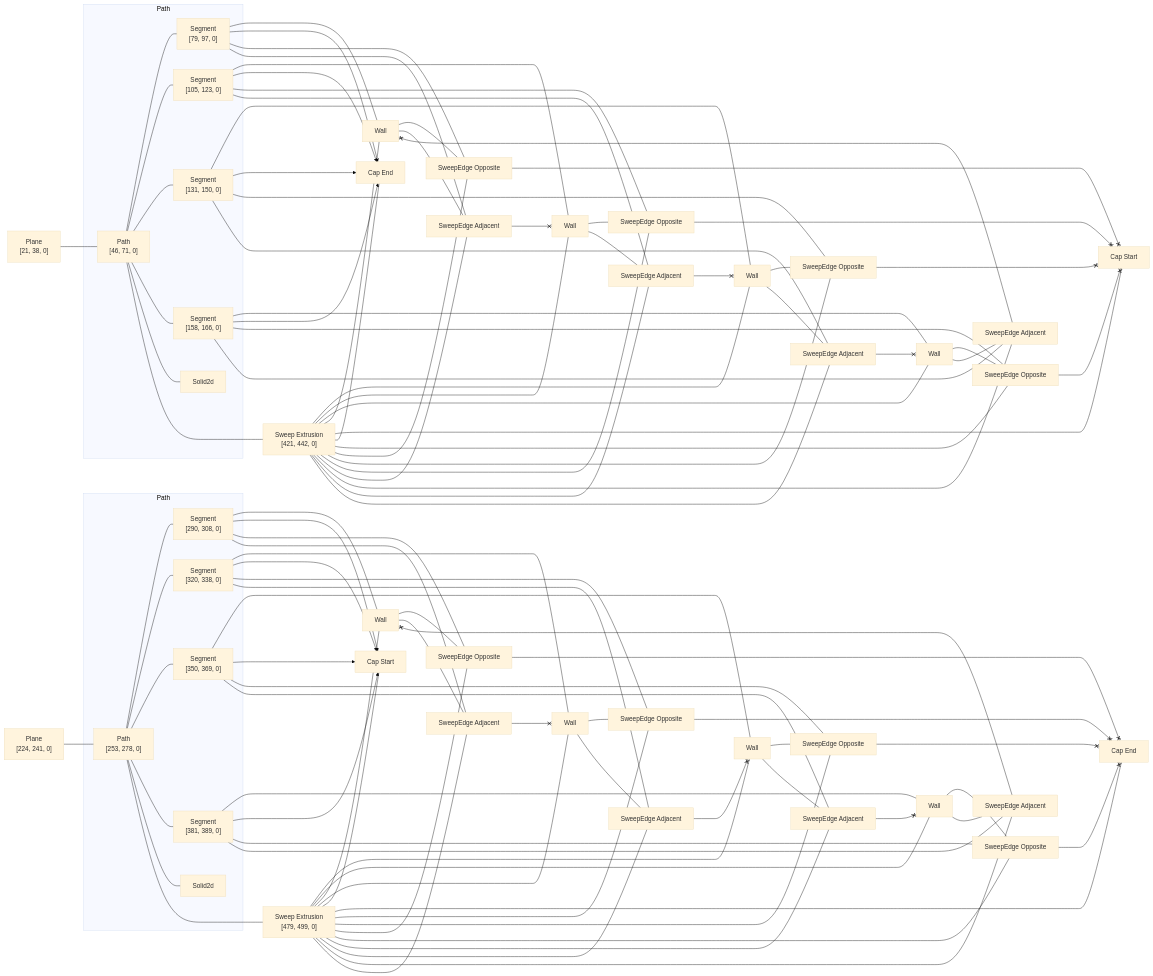
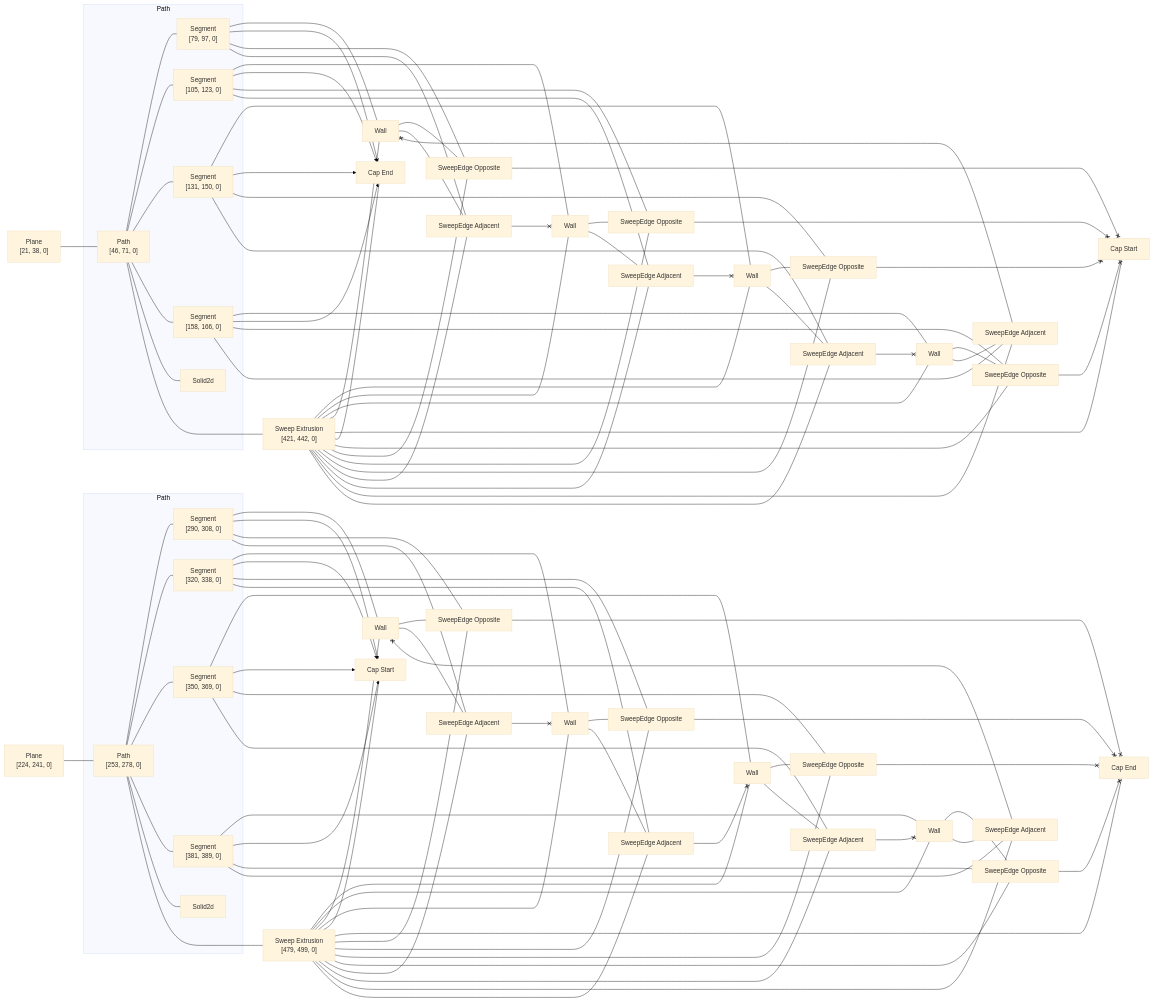
One commit to rajgandhi1/modeling-app changed the diagram in rust/kcl-lib/tests/sketch_in_object/artifact_graph_flowchart.snap.md. Above: the diagram before and after it, drawn with Mermaid (base theme). The commit also changed 110 other files, not shown here.

```diff
--- a/rust/kcl-lib/tests/sketch_in_object/artifact_graph_flowchart.snap.md
+++ b/rust/kcl-lib/tests/sketch_in_object/artifact_graph_flowchart.snap.md
@@ -68,28 +68,28 @@
   5 --- 37
   6 --- 18
   6 x--> 28
-  6 --- 32
-  6 --- 39
+  6 --- 31
+  6 --- 38
   7 --- 17
   7 x--> 28
-  7 --- 31
+  7 --- 32
   7 --- 40
   8 --- 19
   8 x--> 28
   8 --- 29
-  8 --- 38
+  8 --- 39
   9 --- 23
   9 x--> 25
-  9 --- 35
-  9 --- 44
+  9 --- 33
+  9 --- 41
   10 --- 24
   10 x--> 25
-  10 --- 33
-  10 --- 42
+  10 --- 34
+  10 --- 44
   11 --- 21
   11 x--> 25
-  11 --- 34
-  11 --- 41
+  11 --- 35
+  11 --- 42
   12 --- 22
   12 x--> 25
   12 --- 36
@@ -122,30 +122,30 @@
   16 --- 42
   16 --- 43
   16 --- 44
-  17 --- 31
-  39 <--x 17
+  17 --- 32
+  38 <--x 17
   17 --- 40
-  18 --- 32
+  18 --- 31
   37 <--x 18
-  18 --- 39
+  18 --- 38
   19 --- 29
-  19 --- 38
+  19 --- 39
   40 <--x 19
   20 --- 30
   20 --- 37
-  38 <--x 20
-  21 --- 34
-  21 --- 41
-  42 <--x 21
+  39 <--x 20
+  21 --- 35
+  21 --- 42
+  44 <--x 21
   22 --- 36
-  41 <--x 22
+  42 <--x 22
   22 --- 43
-  23 --- 35
+  23 --- 33
+  23 --- 41
   43 <--x 23
-  23 --- 44
-  24 --- 33
-  24 --- 42
-  44 <--x 24
+  24 --- 34
+  41 <--x 24
+  24 --- 44
   29 <--x 26
   30 <--x 26
   31 <--x 26
```
